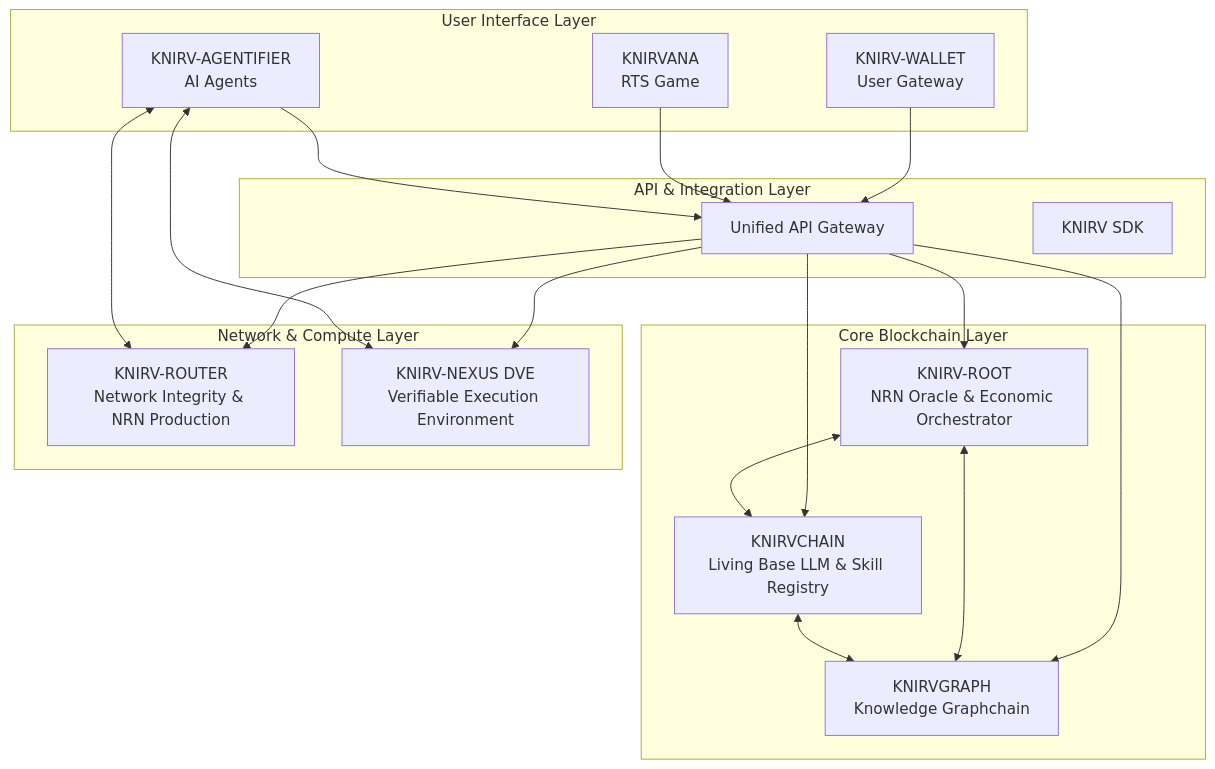
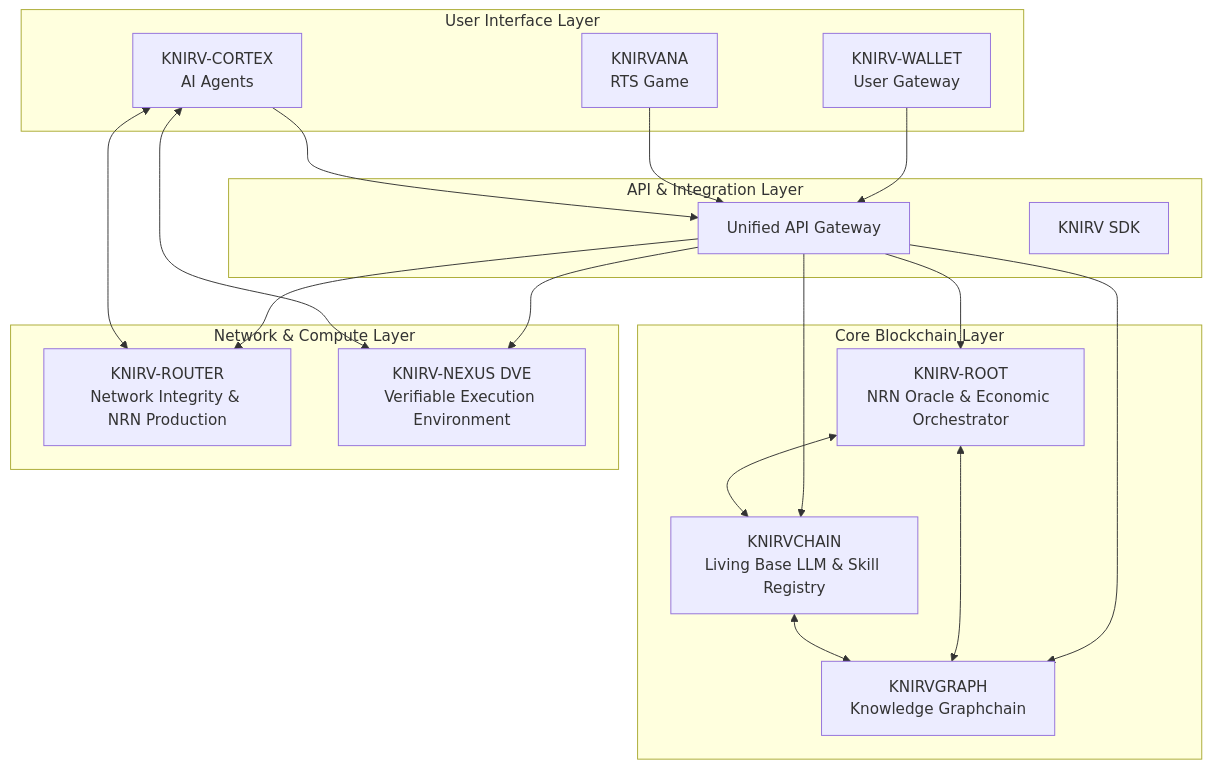
The diagram in README.md (guiperry/KNIRV_NETWORK), drawn with Mermaid before and after one commit. The commit also changed other lines of this file and 441 other files, not shown here.

````diff
--- a/README.md
+++ b/README.md
@@ -47,38 +47,38 @@
 ```mermaid
 graph TB
     subgraph "User Interface Layer"
         KW[KNIRV-WALLET<br/>User Gateway]
         KN[KNIRVANA<br/>RTS Game]
-        KS[KNIRV-AGENTIFIER<br/>AI Agents]
+        KS[KNIRV-CORTEX<br/>AI Agents]
     end
     
     subgraph "API & Integration Layer"
         AG[Unified API Gateway]
         SDK[KNIRV SDK]
     end
     
     subgraph "Core Blockchain Layer"
         KR[KNIRV-ROOT<br/>NRN Oracle & Economic Orchestrator]
         KC[KNIRVCHAIN<br/>Living Base LLM & Skill Registry]
         KG[KNIRVGRAPH<br/>Knowledge Graphchain]
     end
     
     subgraph "Network & Compute Layer"
         KROUTER[KNIRV-ROUTER<br/>Network Integrity & NRN Production]
         KNEXUS[KNIRV-NEXUS DVE<br/>Verifiable Execution Environment]
     end
     
     KW --> AG
     KN --> AG
     KS --> AG
     AG --> KR
     AG --> KC
     AG --> KG
     AG --> KROUTER
     AG --> KNEXUS
     KR <--> KC
     KR <--> KG
     KC <--> KG
     KS <--> KNEXUS
     KS <--> KROUTER
 ```
````
